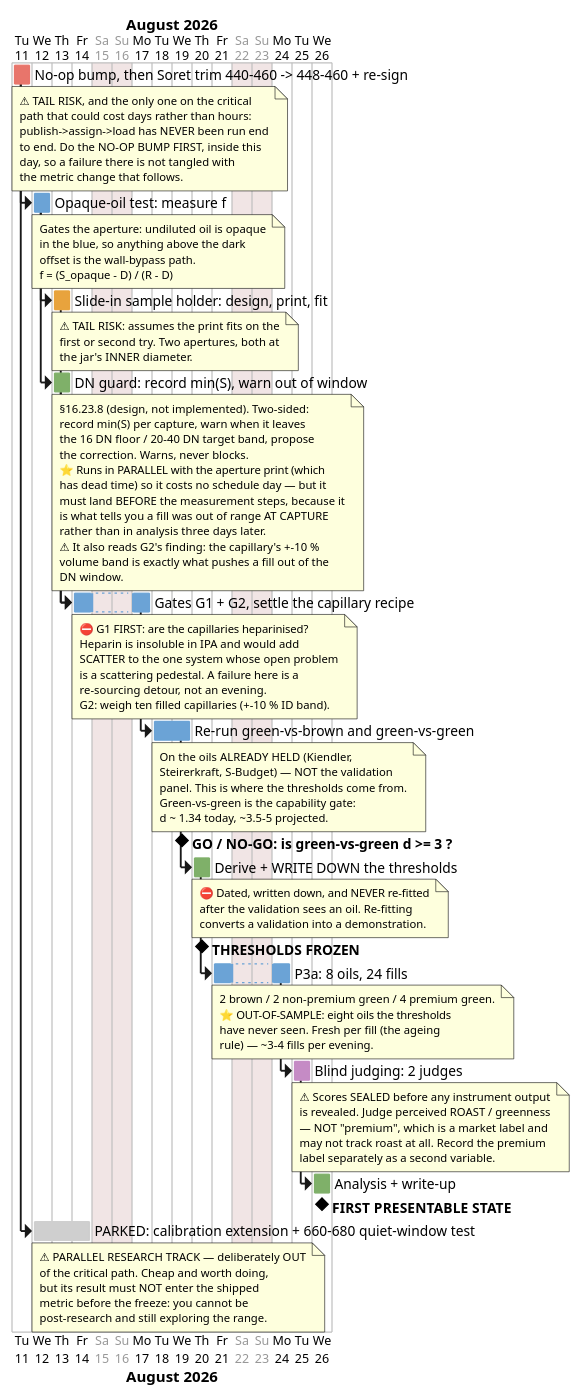
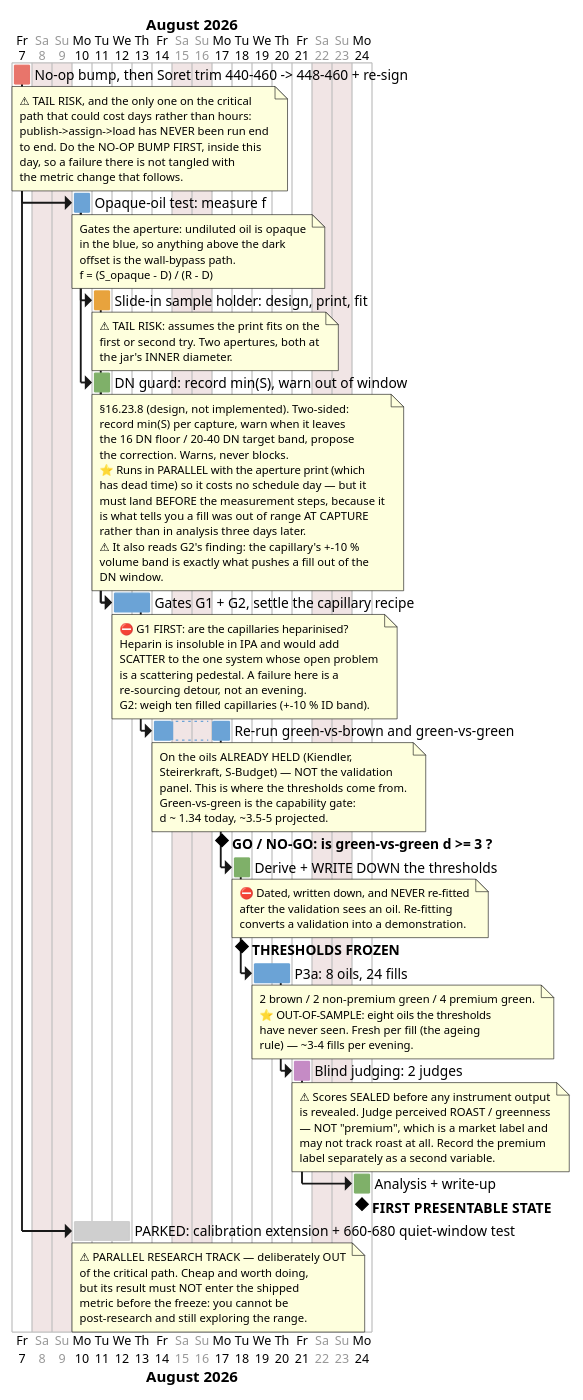
One commit to nidwe72/spectracs-docs changed the diagram in first_presentable_state.puml. Above: the diagram before and after it, drawn with PlantUML. The commit also changed 1 other file, not shown here.

Commit message:
Gantt: start 7 August, the day after this was written

```diff
--- a/first_presentable_state.puml
+++ b/first_presentable_state.puml
@@ -1,168 +1,169 @@
 @startgantt first_presentable_state
 ' Spectracs — the FIRST PRESENTABLE STATE milestone, as a schedule.
 ' Companion to spectracsPy/docs/SPEC_first_presentable_state.md (the prose spec) and ROADMAP.md
 ' (the working backlog, where these appear as NEXT TASK / PRIO 1 / PRIO 2 / PRIO 3a).
 '
 ' The point this surfaces: the path from "the metric still moves" to "the metric and its thresholds are
 ' FROZEN, validated out-of-sample, and presentable to a lab owner" is ~10-12 working days, and only two
 ' items on it carry a real tail. Everything is sequential because each step's output is the next step's
 ' input: the aperture changes the optical path, so the capillary runs must come after it; the thresholds
 ' are derived from the capillary corpus, so they must be frozen before the validation sees any oil.
 '
 ' Durations are EDWIN's estimates (2026-08-06), from his own bench pace, and sum to 12 working days
 ' - the upper end of his 10-12 range, because a plan should not be built on the optimistic end.
 ' ⚠ Two items carry a tail (marked red/orange): the never-rig-verified publish path and the print fit.
 ' Budget 13-15 days if either fights back. Effort-days, not calendar.
 ' Regenerate: java -jar plantuml.jar -tsvg first_presentable_state.puml
 
 printscale daily
 saturday are closed
 sunday are closed
 
-Project starts the 11th of August 2026
+' Start = TOMORROW (this was written 2026-08-06, a Thursday).
+Project starts the 7th of August 2026
 
 ' ── colours ───────────────────────────────────────────────────────────────────────
 ' green  = software / desk       blue = bench measurement
 ' orange = build / fabrication   red  = carries a tail risk
 <style>
 ganttDiagram {
   task {
     FontName Verdana
     FontSize 11
   }
   milestone {
     FontSize 11
     FontStyle bold
   }
 }
 </style>
 
 ' ── 0 · unblock the plugin path ───────────────────────────────────────────────────
 [No-op bump, then Soret trim 440-460 -> 448-460 + re-sign] as [TRIM] lasts 1 day
 [TRIM] is colored in #E8756B
 note bottom
   ⚠ TAIL RISK, and the only one on the critical
   path that could cost days rather than hours:
   publish->assign->load has NEVER been run end
   to end. Do the NO-OP BUMP FIRST, inside this
   day, so a failure there is not tangled with
   the metric change that follows.
 end note
 
 ' ── 1 · the sample path ───────────────────────────────────────────────────────────
 [Opaque-oil test: measure f] as [FTEST] lasts 1 day
 [FTEST] starts at [TRIM]'s end
 [FTEST] is colored in #6BA3D6
 note bottom
   Gates the aperture: undiluted oil is opaque
   in the blue, so anything above the dark
   offset is the wall-bypass path.
   f = (S_opaque - D) / (R - D)
 end note
 
 [Slide-in sample holder: design, print, fit] as [APERTURE] lasts 1 day
 [APERTURE] starts at [FTEST]'s end
 [APERTURE] is colored in #E8A33D
 note bottom
   ⚠ TAIL RISK: assumes the print fits on the
   first or second try. Two apertures, both at
   the jar's INNER diameter.
 end note
 
 [DN guard: record min(S), warn out of window] as [DNGUARD] lasts 1 day
 [DNGUARD] starts at [FTEST]'s end
 [DNGUARD] is colored in #7FB069
 note bottom
   §16.23.8 (design, not implemented). Two-sided:
   record min(S) per capture, warn when it leaves
   the 16 DN floor / 20-40 DN target band, propose
   the correction. Warns, never blocks.
   ⭐ Runs in PARALLEL with the aperture print (which
   has dead time) so it costs no schedule day — but it
   must land BEFORE the measurement steps, because it
   is what tells you a fill was out of range AT CAPTURE
   rather than in analysis three days later.
   ⚠ It also reads G2's finding: the capillary's +-10 %
   volume band is exactly what pushes a fill out of the
   DN window.
 end note
 
 ' ── 2 · the preparation path ──────────────────────────────────────────────────────
 [Gates G1 + G2, settle the capillary recipe] as [GATES] lasts 2 days
 [GATES] starts at [APERTURE]'s end
 [GATES] starts at [DNGUARD]'s end
 [GATES] is colored in #6BA3D6
 note bottom
   ⛔ G1 FIRST: are the capillaries heparinised?
   Heparin is insoluble in IPA and would add
   SCATTER to the one system whose open problem
   is a scattering pedestal. A failure here is a
   re-sourcing detour, not an evening.
   G2: weigh ten filled capillaries (+-10 % ID band).
 end note
 
 [Re-run green-vs-brown and green-vs-green] as [RERUN] lasts 2 days
 [RERUN] starts at [GATES]'s end
 [RERUN] is colored in #6BA3D6
 note bottom
   On the oils ALREADY HELD (Kiendler,
   Steirerkraft, S-Budget) — NOT the validation
   panel. This is where the thresholds come from.
   Green-vs-green is the capability gate:
   d ~ 1.34 today, ~3.5-5 projected.
 end note
 
 [GO / NO-GO: is green-vs-green d >= 3 ?] as [GONOGO] happens at [RERUN]'s end
 
 ' ── 3 · freeze, then validate out-of-sample ───────────────────────────────────────
 [Derive + WRITE DOWN the thresholds] as [FREEZE] lasts 1 day
 [FREEZE] starts at [RERUN]'s end
 [FREEZE] is colored in #7FB069
 note bottom
   ⛔ Dated, written down, and NEVER re-fitted
   after the validation sees an oil. Re-fitting
   converts a validation into a demonstration.
 end note
 
 [THRESHOLDS FROZEN] as [FROZEN] happens at [FREEZE]'s end
 
 [P3a: 8 oils, 24 fills] as [P3AMEAS] lasts 2 days
 [P3AMEAS] starts at [FREEZE]'s end
 [P3AMEAS] is colored in #6BA3D6
 note bottom
   2 brown / 2 non-premium green / 4 premium green.
   ⭐ OUT-OF-SAMPLE: eight oils the thresholds
   have never seen. Fresh per fill (the ageing
   rule) — ~3-4 fills per evening.
 end note
 
 [Blind judging: 2 judges] as [JUDGE] lasts 1 day
 [JUDGE] starts at [P3AMEAS]'s end
 [JUDGE] is colored in #C58BC5
 note bottom
   ⚠ Scores SEALED before any instrument output
   is revealed. Judge perceived ROAST / greenness
   — NOT "premium", which is a market label and
   may not track roast at all. Record the premium
   label separately as a second variable.
 end note
 
 [Analysis + write-up] as [WRITEUP] lasts 1 day
 [WRITEUP] starts at [JUDGE]'s end
 [WRITEUP] is colored in #7FB069
 
 [FIRST PRESENTABLE STATE] as [PRESENT] happens at [WRITEUP]'s end
 
 ' ── the parked research track ─────────────────────────────────────────────────────
 [PARKED: calibration extension + 660-680 quiet-window test] as [PARKED] lasts 3 days
 [PARKED] starts at [TRIM]'s end
 [PARKED] is colored in #CFCFCF
 note bottom
   ⚠ PARALLEL RESEARCH TRACK — deliberately OUT
   of the critical path. Cheap and worth doing,
   but its result must NOT enter the shipped
   metric before the freeze: you cannot be
   post-research and still exploring the range.
 end note
 
 @endgantt
```
